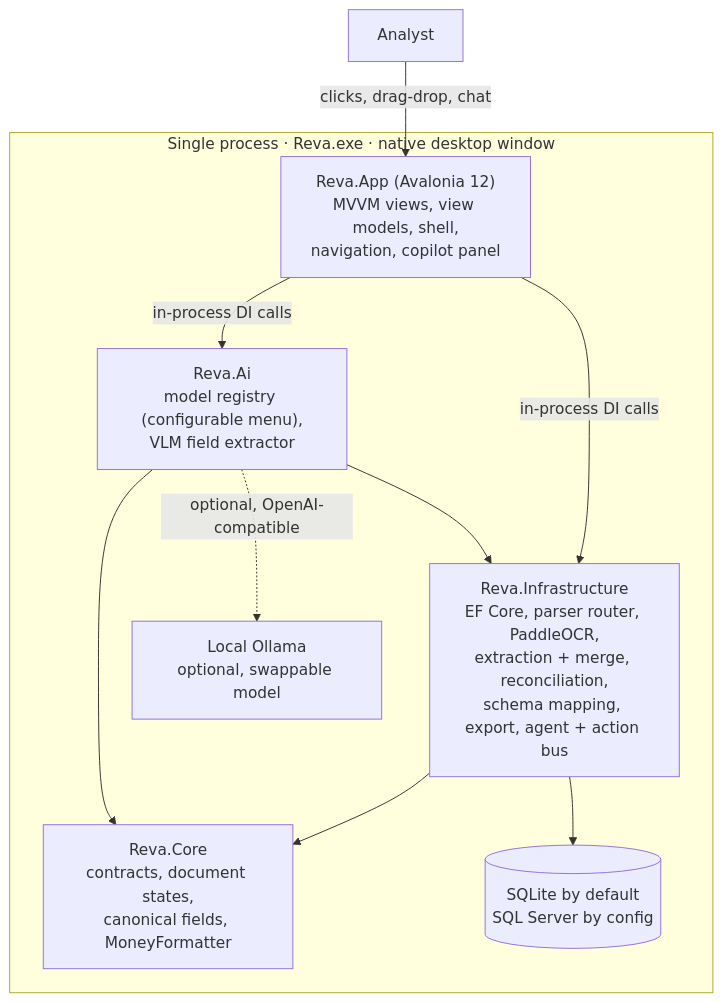
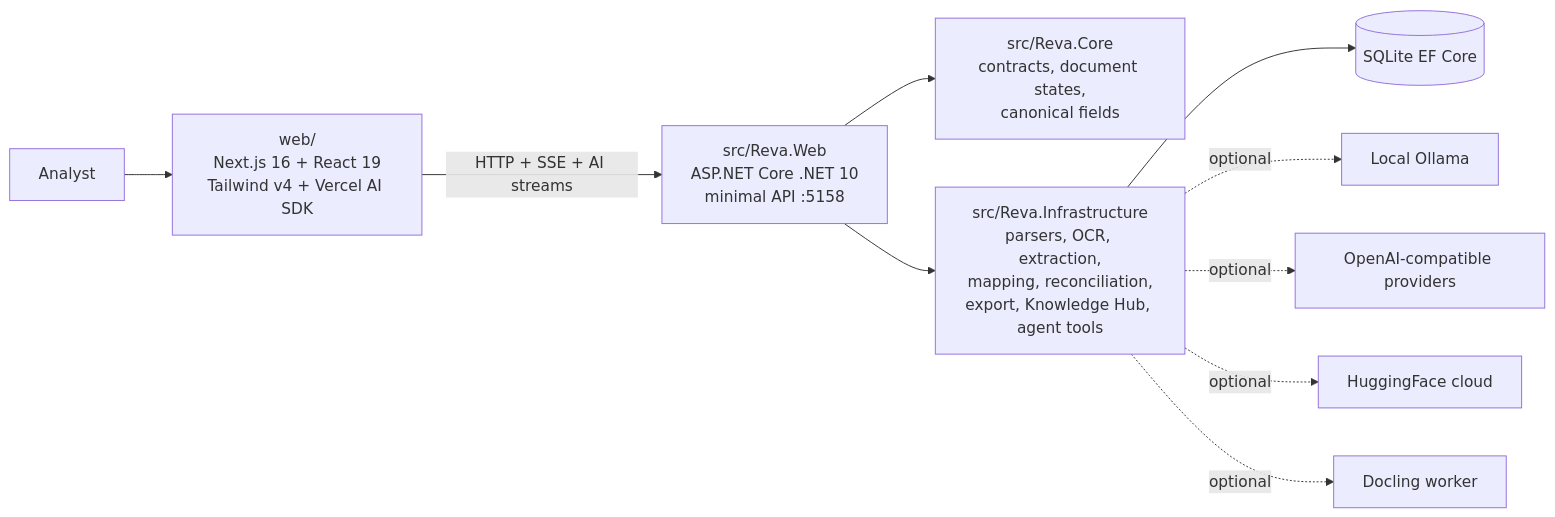
One commit to xt0n1-t3ch/Reva changed the diagram in README.md. Above: the diagram before and after it, drawn with Mermaid. The commit also changed other lines of this file and 228 other files, not shown here.

First line of the commit message:
feat(web): refocus Reva on the web app — real-time processing, agent tools, CRS template view

````diff
--- a/README.md
+++ b/README.md
@@ -102,20 +76,12 @@
 ```mermaid
-flowchart TB
-  subgraph Proc["Single process · Reva.exe · native desktop window"]
-    App["Reva.App (Avalonia 12)<br/>MVVM views, view models, shell,<br/>navigation, copilot panel"]
-    Ai["Reva.Ai<br/>model registry (configurable menu),<br/>VLM field extractor"]
-    Infra["Reva.Infrastructure<br/>EF Core, parser router, PaddleOCR,<br/>extraction + merge, reconciliation,<br/>schema mapping, export, agent + action bus"]
-    Core["Reva.Core<br/>contracts, document states,<br/>canonical fields, MoneyFormatter"]
-    Store[("SQLite by default<br/>SQL Server by config")]
-    Ollama["Local Ollama<br/>optional, swappable model"]
-  end
-
-  User["Analyst"] -->|clicks, drag-drop, chat| App
-  App -->|in-process DI calls| Ai
-  App -->|in-process DI calls| Infra
-  Ai --> Infra
-  Infra --> Core
-  Ai --> Core
-  Infra --> Store
-  Ai -. optional, OpenAI-compatible .-> Ollama
+flowchart LR
+  Analyst["Analyst"] --> Web["web/<br/>Next.js 16 + React 19<br/>Tailwind v4 + Vercel AI SDK"]
+  Web -->|HTTP + SSE + AI streams| Api["src/Reva.Web<br/>ASP.NET Core .NET 10<br/>minimal API :5158"]
+  Api --> Core["src/Reva.Core<br/>contracts, document states,<br/>canonical fields"]
+  Api --> Infra["src/Reva.Infrastructure<br/>parsers, OCR, extraction,<br/>mapping, reconciliation,<br/>export, Knowledge Hub, agent tools"]
+  Infra --> Store[("SQLite EF Core")]
+  Infra -. optional .-> Ollama["Local Ollama"]
+  Infra -. optional .-> Compatible["OpenAI-compatible providers"]
+  Infra -. optional .-> HF["HuggingFace cloud"]
+  Infra -. optional .-> Docling["Docling worker"]
 ```
````
